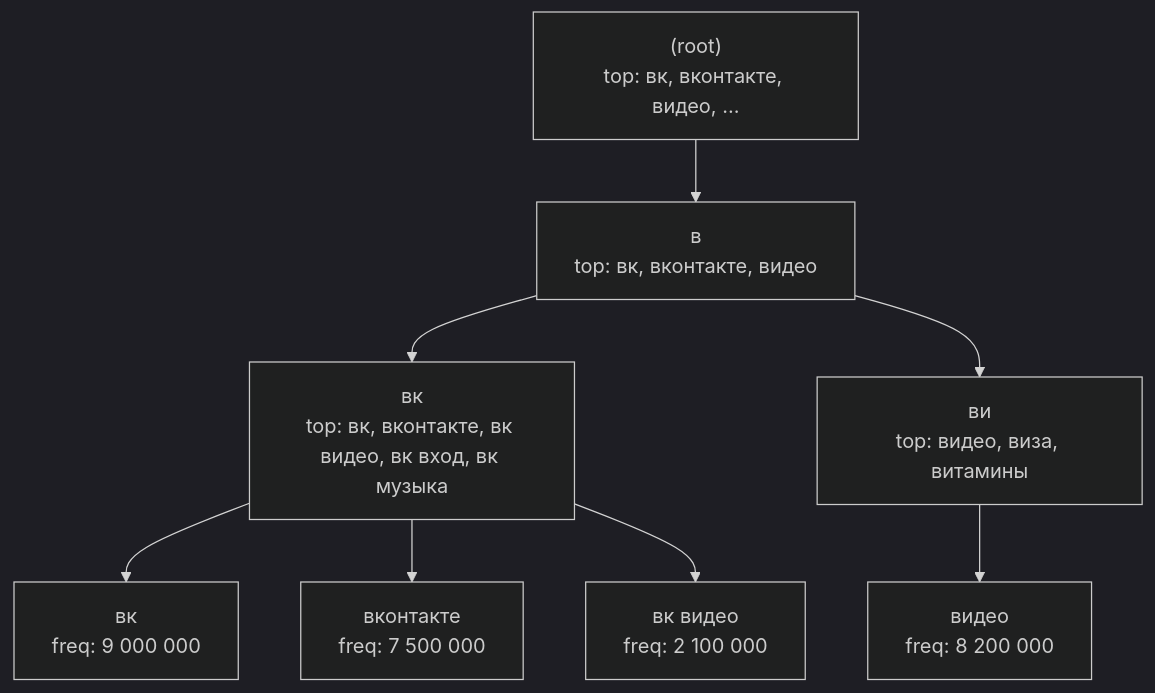
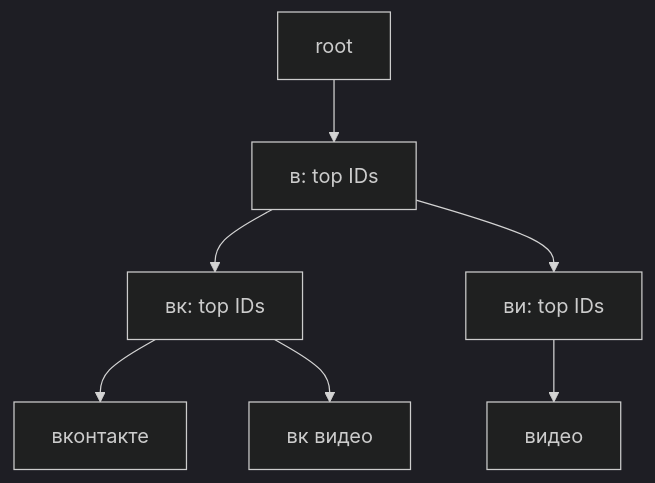
The second of 4 diagrams in 02-case-studies/search-autocomplete.md (AlohaJava/system-design-interview-chamkin), drawn with Mermaid (dark theme) before and after one commit. The commit also changed other lines of this file and 49 other files, not shown here.

````diff
--- a/02-case-studies/search-autocomplete.md
+++ b/02-case-studies/search-autocomplete.md
@@ -191,19 +173,9 @@
 ```mermaid
-flowchart TD
-    ROOT["(root)<br/>top: вк, вконтакте, видео, ..."]
-    V["в<br/>top: вк, вконтакте, видео"]
-    K["вк<br/>top: вк, вконтакте, вк видео, вк вход, вк музыка"]
-    I["ви<br/>top: видео, виза, витамины"]
-    VK["вк<br/>freq: 9 000 000"]
-    VKO["вконтакте<br/>freq: 7 500 000"]
-    VKV["вк видео<br/>freq: 2 100 000"]
-    VID["видео<br/>freq: 8 200 000"]
-
-    ROOT --> V
-    V --> K
-    V --> I
-    K --> VK
-    K --> VKO
-    K --> VKV
-    I --> VID
+flowchart TB
+    R["root"] --> V["в: top IDs"]
+    V --> K["вк: top IDs"]
+    V --> I["ви: top IDs"]
+    K --> O["вконтакте"]
+    K --> VK["вк видео"]
+    I --> VID["видео"]
 ```
````
